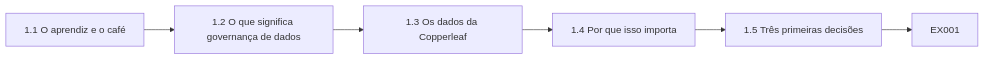
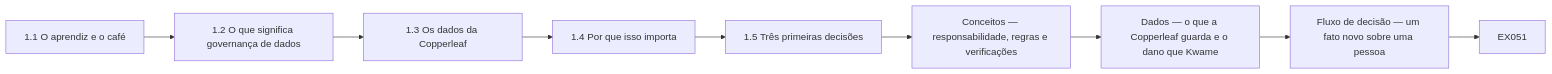
One commit to hiagokinlevi/CyKin changed the second of 12 diagrams in levels/rapid-1-month/data-governance/pt/book/MANUSCRIPT.md. Above: the diagram before and after it, drawn with Mermaid. The commit also changed other lines of this file and 1 other file, not shown here.

````diff
--- a/levels/rapid-1-month/data-governance/pt/book/MANUSCRIPT.md
+++ b/levels/rapid-1-month/data-governance/pt/book/MANUSCRIPT.md
@@ -59,9 +62,12 @@
 ```mermaid
 flowchart LR
   N0["1.1 O aprendiz e o café"]
   N1["1.2 O que significa governança de dados"]
   N2["1.3 Os dados da Copperleaf"]
   N3["1.4 Por que isso importa"]
   N4["1.5 Três primeiras decisões"]
-  N0 --> N1 --> N2 --> N3 --> N4 --> Q["EX001"]
+  N5["Conceitos — responsabilidade, regras e verificações"]
+  N6["Dados — o que a Copperleaf guarda e o dano que Kwame"]
+  N7["Fluxo de decisão — um fato novo sobre uma pessoa"]
+  N0 --> N1 --> N2 --> N3 --> N4 --> N5 --> N6 --> N7 --> Q["EX051"]
 ```
````
